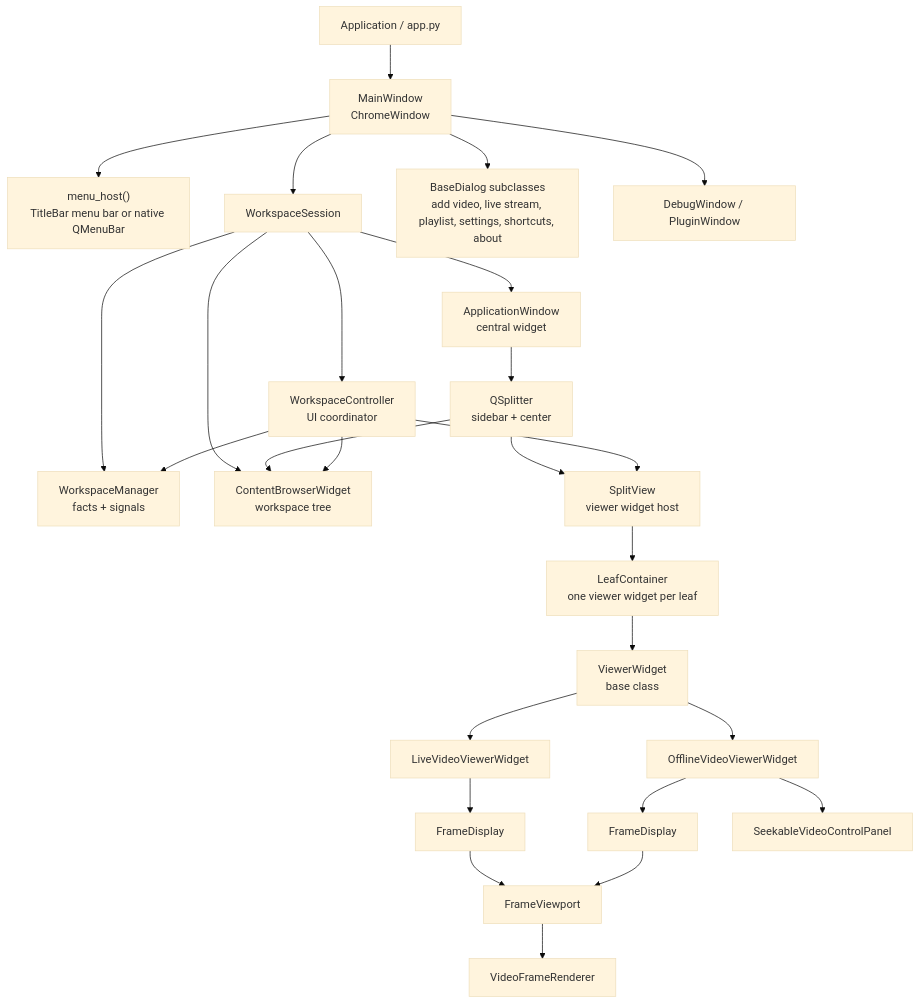
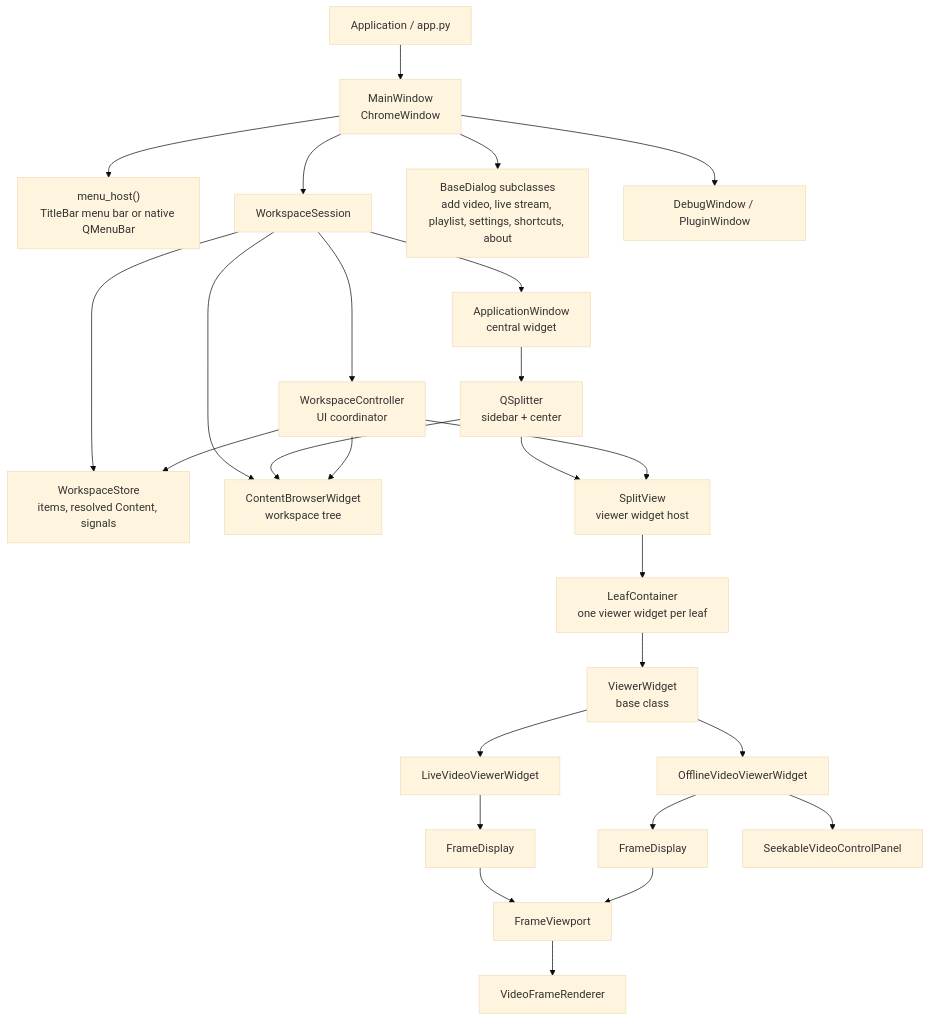
The first of 3 diagrams in docs/architecture/ui-framework.md (RasmusRynell/ax-devil), drawn with Mermaid (base theme) before and after one commit. The commit also changed other lines of this file and 58 other files, not shown here.

````diff
--- a/docs/architecture/ui-framework.md
+++ b/docs/architecture/ui-framework.md
@@ -7,33 +7,33 @@
 ```mermaid
 flowchart TD
     App["Application / app.py"] --> MainWindow["MainWindow<br/>ChromeWindow"]
     MainWindow --> MenuHost["menu_host()<br/>TitleBar menu bar or native QMenuBar"]
     MainWindow --> WorkspaceSession["WorkspaceSession"]
     MainWindow --> Dialogs["BaseDialog subclasses<br/>add video, live stream, playlist, settings, shortcuts, about"]
     MainWindow --> DebugWindows["DebugWindow / PluginWindow"]
 
-    WorkspaceSession --> WorkspaceManager["WorkspaceManager<br/>facts + signals"]
+    WorkspaceSession --> WorkspaceStore["WorkspaceStore<br/>items, resolved Content, signals"]
     WorkspaceSession --> ApplicationWindow["ApplicationWindow<br/>central widget"]
     WorkspaceSession --> WorkspaceController["WorkspaceController<br/>UI coordinator"]
     WorkspaceSession --> ContentBrowser["ContentBrowserWidget<br/>workspace tree"]
 
     ApplicationWindow --> HorizontalSplitter["QSplitter<br/>sidebar + center"]
     HorizontalSplitter --> ContentBrowser
     HorizontalSplitter --> SplitView["SplitView<br/>viewer widget host"]
 
     WorkspaceController --> SplitView
-    WorkspaceController --> WorkspaceManager
+    WorkspaceController --> WorkspaceStore
     WorkspaceController --> ContentBrowser
 
     SplitView --> LeafContainer["LeafContainer<br/>one viewer widget per leaf"]
     LeafContainer --> ViewerWidget["ViewerWidget<br/>base class"]
     ViewerWidget --> LiveViewer["LiveVideoViewerWidget"]
     ViewerWidget --> OfflineViewer["OfflineVideoViewerWidget"]
 
     LiveViewer --> LiveDisplay["FrameDisplay"]
     OfflineViewer --> OfflineDisplay["FrameDisplay"]
     OfflineViewer --> SeekControls["SeekableVideoControlPanel"]
     LiveDisplay --> FrameViewport
     OfflineDisplay --> FrameViewport
     FrameViewport --> Renderer["VideoFrameRenderer"]
 ```
````
